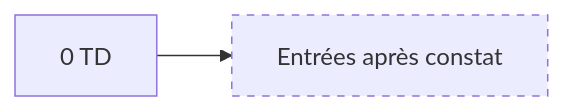
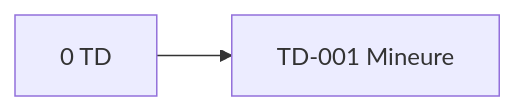
Before and after one commit to JavaChrist/Tai-Chi-AI-Coach: the third of 5 diagrams in docs/runtime/12_TECH_DEBT.md, drawn with Mermaid. The commit also changed other lines of this file and 16 other files, not shown here.

````diff
--- a/docs/runtime/12_TECH_DEBT.md
+++ b/docs/runtime/12_TECH_DEBT.md
@@ -67,5 +68,4 @@
 ```mermaid
 flowchart LR
-  Empty[0 TD] --> Future[Entrées après constat]
-  style Future stroke-dasharray: 5 5
+  Empty[0 TD] --> TD001[TD-001 Mineure]
 ```
````
